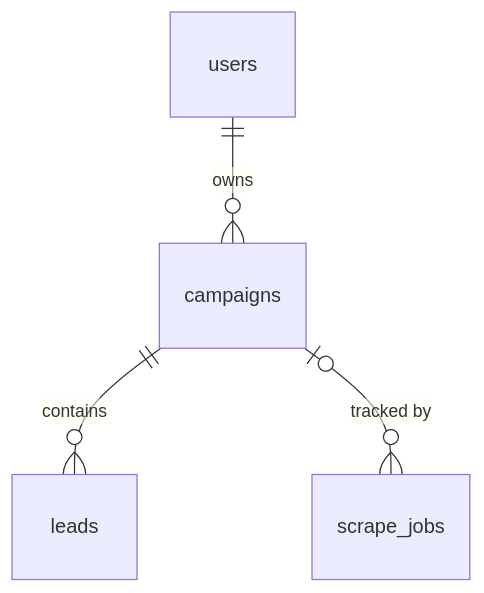
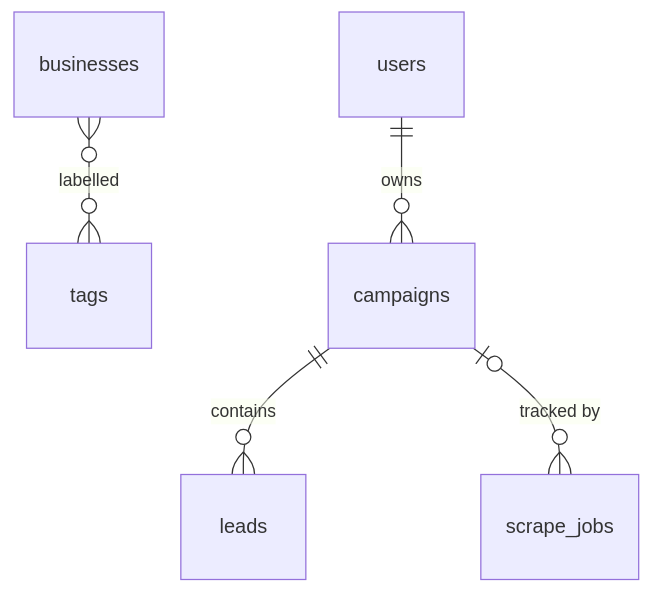
The diagram in docs/DATABASE.md (Abuzar0021/omnistacks-ai-engine), drawn with Mermaid before and after one commit. The commit also changed other lines of this file and 50 other files, not shown here.

````diff
--- a/docs/DATABASE.md
+++ b/docs/DATABASE.md
@@ -119,6 +169,7 @@
 ```mermaid
 erDiagram
+    businesses }o--o{ tags : labelled
     users ||--o{ campaigns : owns
     campaigns ||--o{ leads : contains
     campaigns |o--o{ scrape_jobs : "tracked by"
 ```
````
